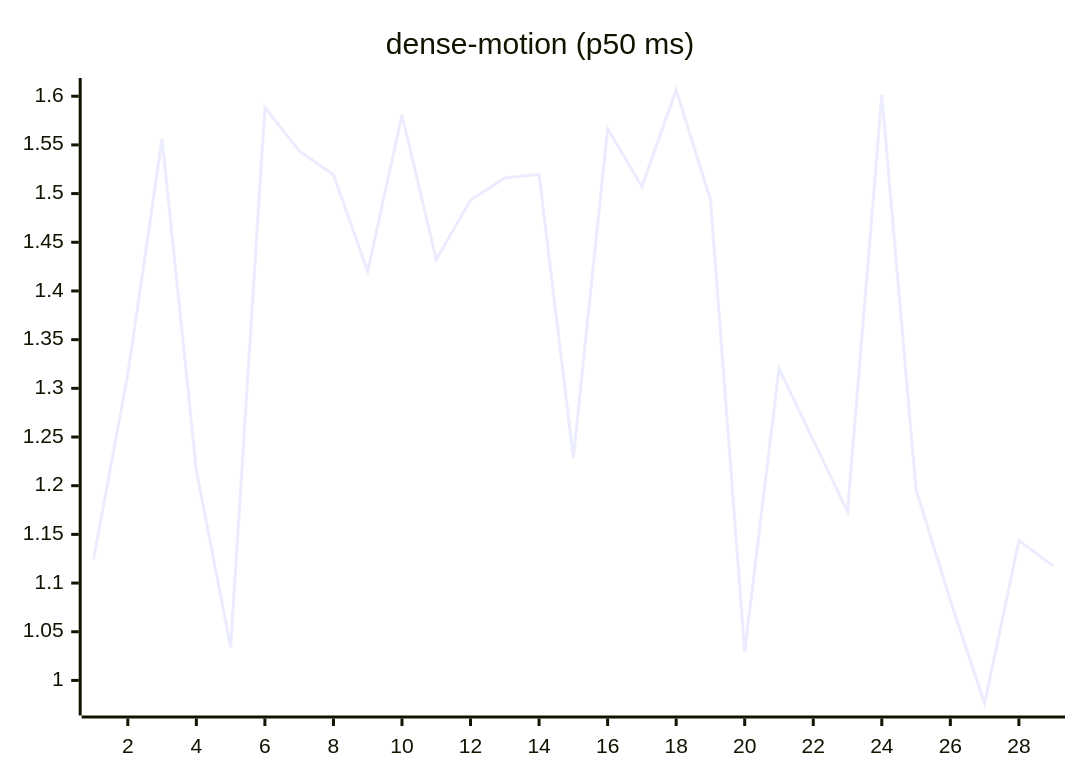
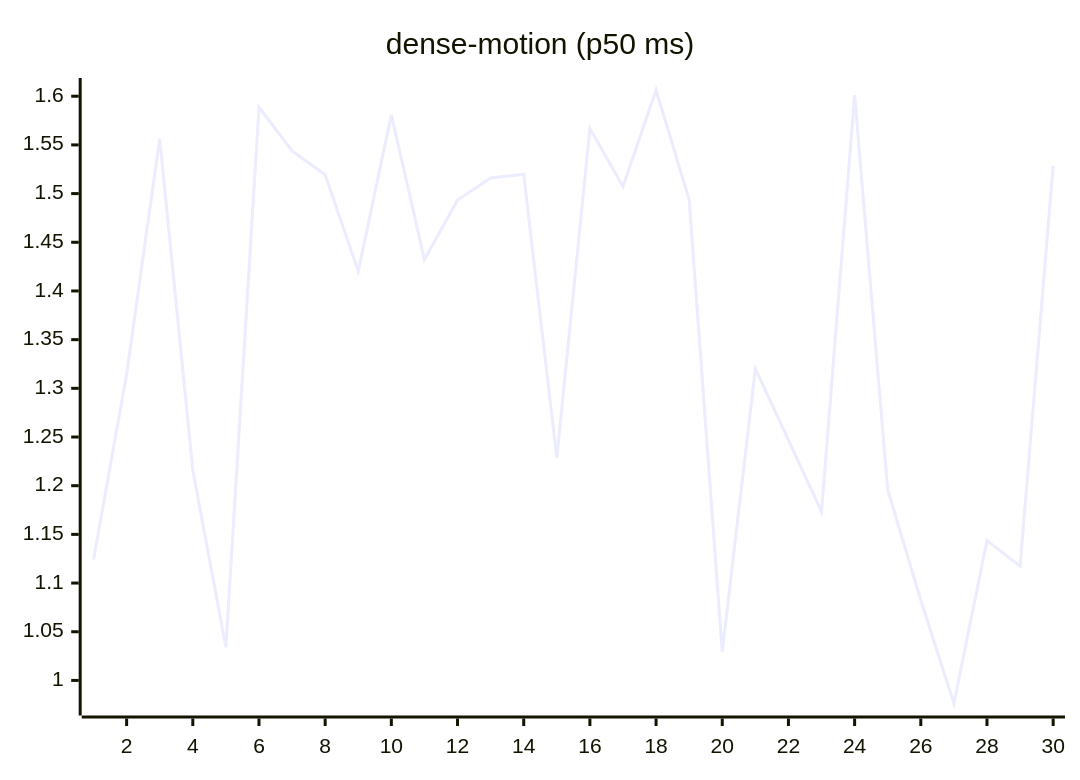
The ninth of 27 diagrams in README.md (josha/Facet), drawn with Mermaid before and after one commit. The commit also changed other lines of this file and 2 other files, not shown here.

````diff
--- a/README.md
+++ b/README.md
@@ -119,6 +119,6 @@
 ```mermaid
 xychart-beta
     title "dense-motion (p50 ms)"
-    x-axis 1 --> 29
-    line [1.1243, 1.3144, 1.5562, 1.2159, 1.0340, 1.5887, 1.5438, 1.5193, 1.4201, 1.5809, 1.4323, 1.4933, 1.5160, 1.5198, 1.2285, 1.5668, 1.5073, 1.6064, 1.4938, 1.0293, 1.3202, 1.2469, 1.1733, 1.6011, 1.1959, 1.0823, 0.9763, 1.1436, 1.1174]
+    x-axis 1 --> 30
+    line [1.1243, 1.3144, 1.5562, 1.2159, 1.0340, 1.5887, 1.5438, 1.5193, 1.4201, 1.5809, 1.4323, 1.4933, 1.5160, 1.5198, 1.2285, 1.5668, 1.5073, 1.6064, 1.4938, 1.0293, 1.3202, 1.2469, 1.1733, 1.6011, 1.1959, 1.0823, 0.9763, 1.1436, 1.1174, 1.5286]
 ```
````
